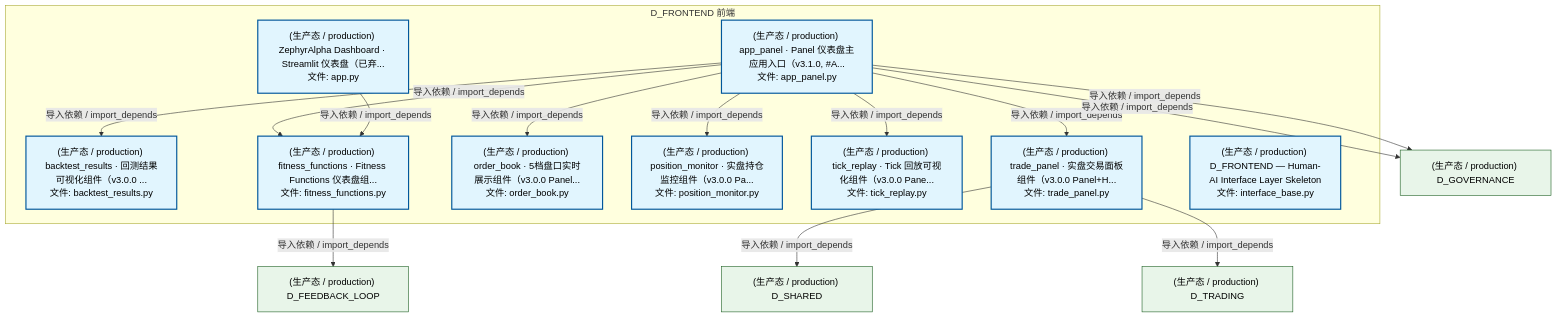
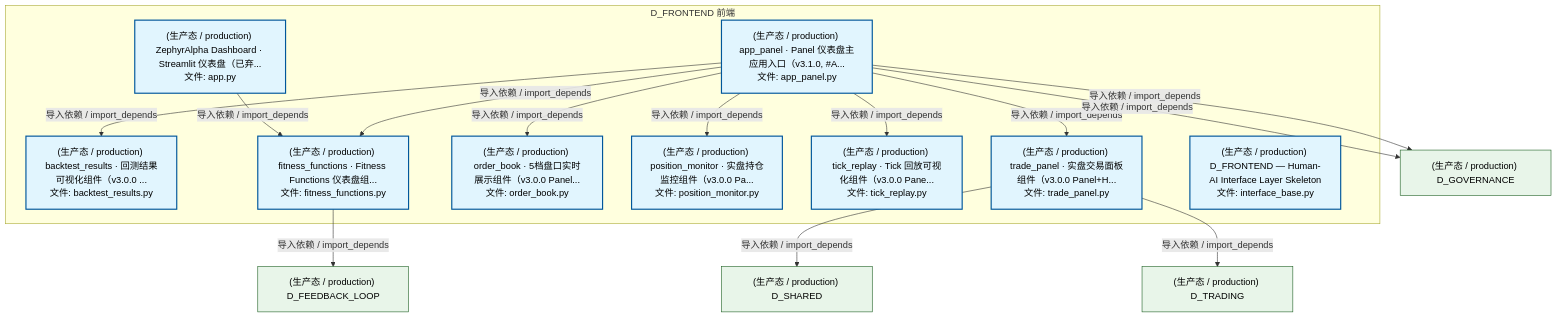
The second of 5 diagrams in docs/02_enterprise_architecture/02_domain_architecture_docs/15_d_frontend.md (xuanFelixVan/ZephyrAlpha), drawn with Mermaid before and after one commit. The commit also changed other lines of this file and 126 other files, not shown here.

````diff
--- a/docs/02_enterprise_architecture/02_domain_architecture_docs/15_d_frontend.md
+++ b/docs/02_enterprise_architecture/02_domain_architecture_docs/15_d_frontend.md
@@ -165,36 +165,36 @@
 ```mermaid
 graph TD
     subgraph D_FRONTEND["D_FRONTEND 前端"]
         src_zephyr_frontend_dashboard_app_py["(生产态 / production) ZephyrAlpha Dashboard · Streamlit 仪表盘（已弃...<br/>文件: app.py"]
         src_zephyr_frontend_dashboard_app_panel_py["(生产态 / production) app_panel · Panel 仪表盘主应用入口（v3.1.0, #A...<br/>文件: app_panel.py"]
         src_zephyr_frontend_dashboard_components_backtest_results_py["(生产态 / production) backtest_results · 回测结果可视化组件（v3.0.0 ...<br/>文件: backtest_results.py"]
         src_zephyr_frontend_dashboard_components_fitness_functions_py["(生产态 / production) fitness_functions · Fitness Functions 仪表盘组...<br/>文件: fitness_functions.py"]
         src_zephyr_frontend_dashboard_components_order_book_py["(生产态 / production) order_book · 5档盘口实时展示组件（v3.0.0 Panel...<br/>文件: order_book.py"]
         src_zephyr_frontend_dashboard_components_position_monitor_py["(生产态 / production) position_monitor · 实盘持仓监控组件（v3.0.0 Pa...<br/>文件: position_monitor.py"]
         src_zephyr_frontend_dashboard_components_tick_replay_py["(生产态 / production) tick_replay · Tick 回放可视化组件（v3.0.0 Pane...<br/>文件: tick_replay.py"]
         src_zephyr_frontend_dashboard_components_trade_panel_py["(生产态 / production) trade_panel · 实盘交易面板组件（v3.0.0 Panel+H...<br/>文件: trade_panel.py"]
         src_zephyr_frontend_interface_base_py["(生产态 / production) D_FRONTEND — Human-AI Interface Layer Skeleton<br/>文件: interface_base.py"]
     end
+    src_zephyr_frontend_dashboard_app_py -->|导入依赖 / import_depends| src_zephyr_frontend_dashboard_components_fitness_functions_py
+    src_zephyr_frontend_dashboard_app_panel_py -->|导入依赖 / import_depends| src_zephyr_frontend_dashboard_components_backtest_results_py
+    src_zephyr_frontend_dashboard_app_panel_py -->|导入依赖 / import_depends| src_zephyr_frontend_dashboard_components_fitness_functions_py
+    src_zephyr_frontend_dashboard_app_panel_py -->|导入依赖 / import_depends| src_zephyr_frontend_dashboard_components_order_book_py
+    src_zephyr_frontend_dashboard_app_panel_py -->|导入依赖 / import_depends| src_zephyr_frontend_dashboard_components_position_monitor_py
     src_zephyr_frontend_dashboard_app_panel_py -->|导入依赖 / import_depends| src_zephyr_frontend_dashboard_components_trade_panel_py
     src_zephyr_frontend_dashboard_app_panel_py -->|导入依赖 / import_depends| src_zephyr_frontend_dashboard_components_tick_replay_py
-    src_zephyr_frontend_dashboard_app_panel_py -->|导入依赖 / import_depends| src_zephyr_frontend_dashboard_components_position_monitor_py
-    src_zephyr_frontend_dashboard_app_panel_py -->|导入依赖 / import_depends| src_zephyr_frontend_dashboard_components_order_book_py
-    src_zephyr_frontend_dashboard_app_panel_py -->|导入依赖 / import_depends| src_zephyr_frontend_dashboard_components_fitness_functions_py
-    src_zephyr_frontend_dashboard_app_panel_py -->|导入依赖 / import_depends| src_zephyr_frontend_dashboard_components_backtest_results_py
-    src_zephyr_frontend_dashboard_app_py -->|导入依赖 / import_depends| src_zephyr_frontend_dashboard_components_fitness_functions_py
     D_GOVERNANCE["(生产态 / production) D_GOVERNANCE"]
     src_zephyr_frontend_dashboard_app_panel_py -->|导入依赖 / import_depends| D_GOVERNANCE
     D_FEEDBACK_LOOP["(生产态 / production) D_FEEDBACK_LOOP"]
     src_zephyr_frontend_dashboard_components_fitness_functions_py -->|导入依赖 / import_depends| D_FEEDBACK_LOOP
     D_SHARED["(生产态 / production) D_SHARED"]
     src_zephyr_frontend_dashboard_components_trade_panel_py -->|导入依赖 / import_depends| D_SHARED
     src_zephyr_frontend_dashboard_app_panel_py -->|导入依赖 / import_depends| D_GOVERNANCE
     D_TRADING["(生产态 / production) D_TRADING"]
     src_zephyr_frontend_dashboard_components_trade_panel_py -->|导入依赖 / import_depends| D_TRADING
     classDef production fill:#e1f5fe,stroke:#01579b,stroke-width:2px,color:#000
     classDef design fill:#fff3e0,stroke:#e65100,stroke-width:2px,color:#000,stroke-dasharray: 5 5
     classDef external_prod fill:#e8f5e9,stroke:#1b5e20,stroke-width:1px,color:#000
     classDef external_design fill:#fce4ec,stroke:#880e4f,stroke-width:1px,color:#000,stroke-dasharray: 5 5
     class src_zephyr_frontend_dashboard_app_py,src_zephyr_frontend_dashboard_app_panel_py,src_zephyr_frontend_dashboard_components_backtest_results_py,src_zephyr_frontend_dashboard_components_fitness_functions_py,src_zephyr_frontend_dashboard_components_order_book_py,src_zephyr_frontend_dashboard_components_position_monitor_py,src_zephyr_frontend_dashboard_components_tick_replay_py,src_zephyr_frontend_dashboard_components_trade_panel_py,src_zephyr_frontend_interface_base_py production
     class D_GOVERNANCE,D_FEEDBACK_LOOP,D_SHARED,D_TRADING external_prod
 ```
````
